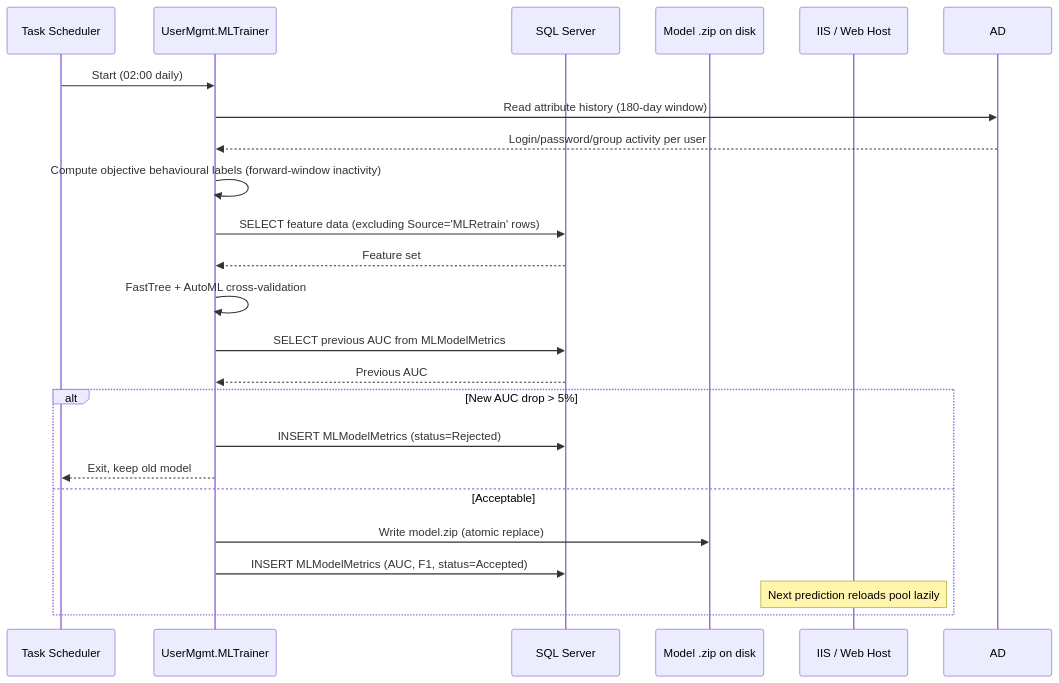
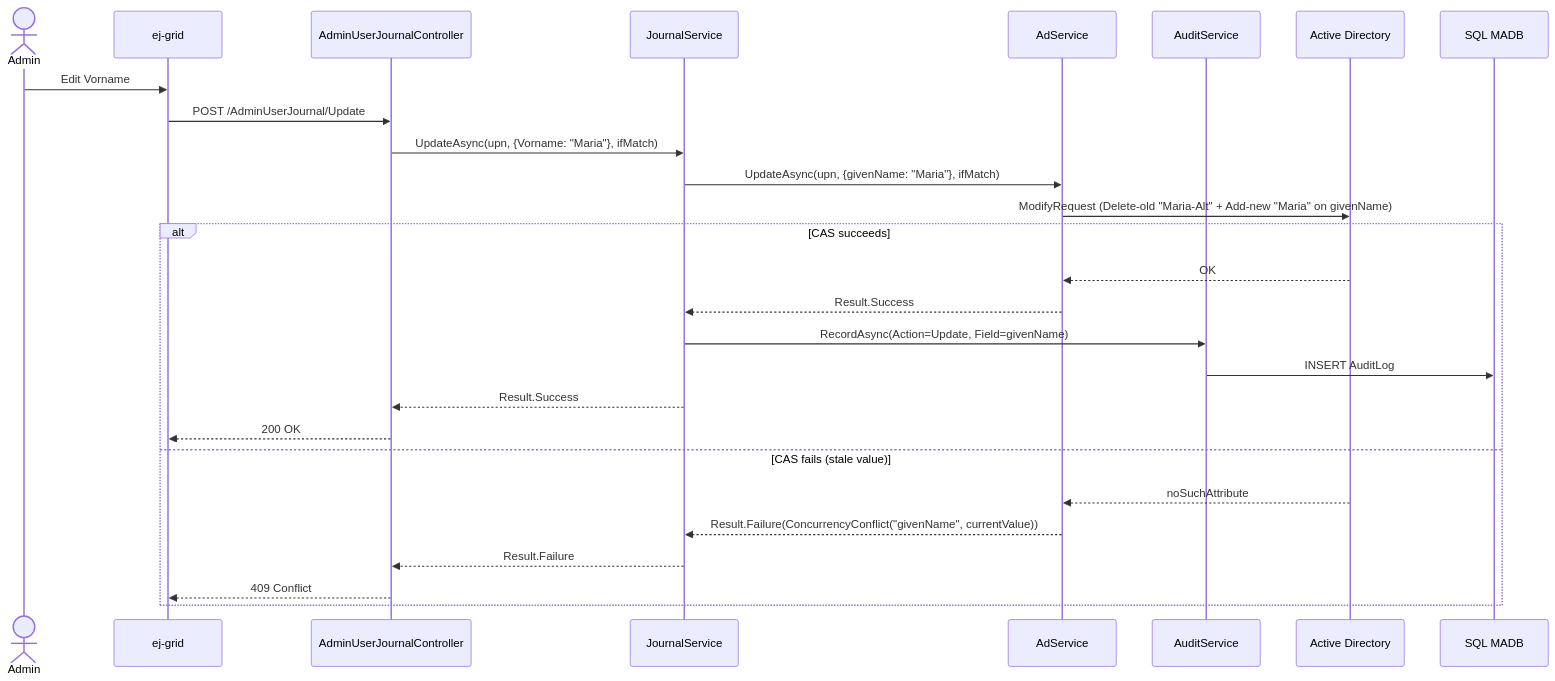
The fifth of 5 diagrams in README.md (arthurkahwa/ad-user-management), drawn with Mermaid before and after one commit. The commit also changed other lines of this file, not shown here.

````diff
--- a/README.md
+++ b/README.md
@@ -416,27 +423,30 @@
 ```mermaid
 sequenceDiagram
-    participant Scheduler as Task Scheduler
-    participant Trainer as UserMgmt.MLTrainer
-    participant SQL as SQL Server
-    participant Disk as Model .zip on disk
-    participant Web as IIS / Web Host
+    actor Admin
+    participant Grid as ej-grid
+    participant Ctrl as AdminUserJournalController
+    participant Jrn as JournalService
+    participant AdSvc as AdService
+    participant Audit as AuditService
+    participant AD as Active Directory
+    participant SQL as SQL MADB
 
-    Scheduler->>Trainer: Start (02:00 daily)
-    Trainer->>AD: Read attribute history (180-day window)
-    AD-->>Trainer: Login/password/group activity per user
-    Trainer->>Trainer: Compute objective behavioural labels (forward-window inactivity)
-    Trainer->>SQL: SELECT feature data (excluding Source='MLRetrain' rows)
-    SQL-->>Trainer: Feature set
-    Trainer->>Trainer: FastTree + AutoML cross-validation
-    Trainer->>SQL: SELECT previous AUC from MLModelMetrics
-    SQL-->>Trainer: Previous AUC
-
-    alt New AUC drop > 5%
-        Trainer->>SQL: INSERT MLModelMetrics (status=Rejected)
-        Trainer-->>Scheduler: Exit, keep old model
-    else Acceptable
-        Trainer->>Disk: Write model.zip (atomic replace)
-        Trainer->>SQL: INSERT MLModelMetrics (AUC, F1, status=Accepted)
-        Note over Web: Next prediction reloads pool lazily
+    Admin->>Grid: Edit Vorname
+    Grid->>Ctrl: POST /AdminUserJournal/Update
+    Ctrl->>Jrn: UpdateAsync(upn, {Vorname: "Maria"}, ifMatch)
+    Jrn->>AdSvc: UpdateAsync(upn, {givenName: "Maria"}, ifMatch)
+    AdSvc->>AD: ModifyRequest (Delete-old "Maria-Alt" + Add-new "Maria" on givenName)
+    alt CAS succeeds
+        AD-->>AdSvc: OK
+        AdSvc-->>Jrn: Result.Success
+        Jrn->>Audit: RecordAsync(Action=Update, Field=givenName)
+        Audit->>SQL: INSERT AuditLog
+        Jrn-->>Ctrl: Result.Success
+        Ctrl-->>Grid: 200 OK
+    else CAS fails (stale value)
+        AD-->>AdSvc: noSuchAttribute
+        AdSvc-->>Jrn: Result.Failure(ConcurrencyConflict("givenName", currentValue))
+        Jrn-->>Ctrl: Result.Failure
+        Ctrl-->>Grid: 409 Conflict
     end
 ```
````
